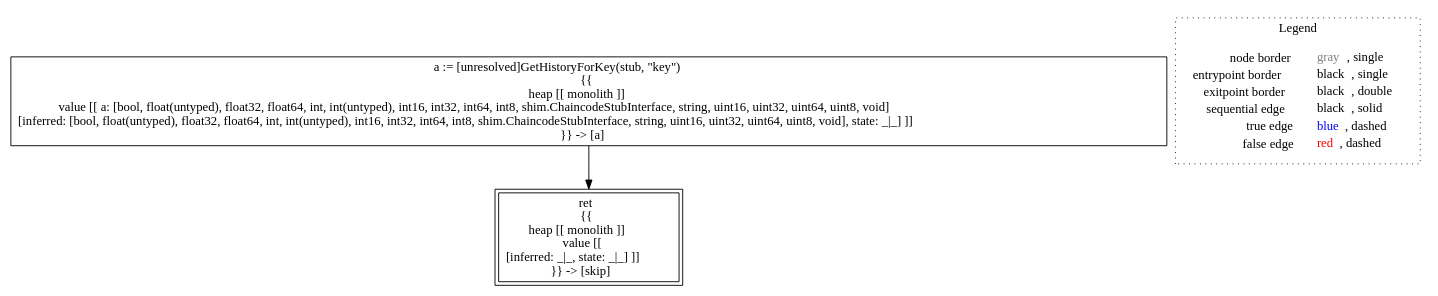
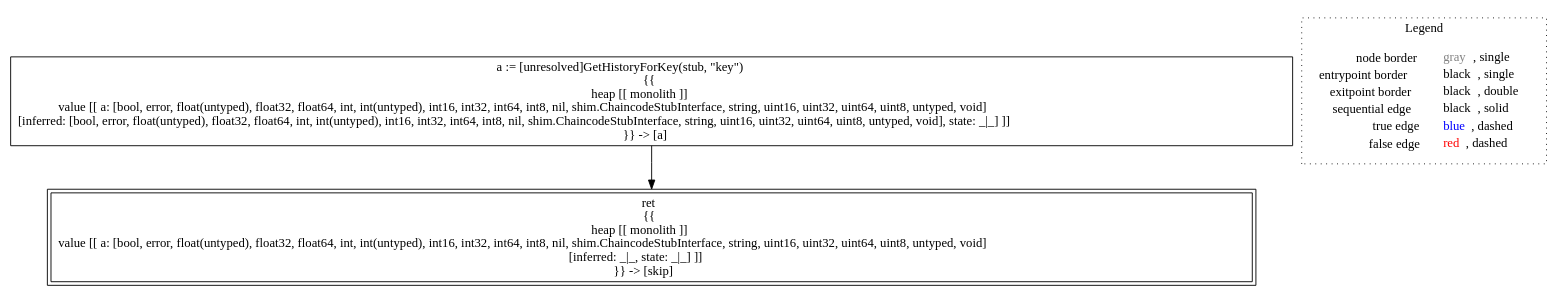
One commit to lisa-analyzer/go-lisa changed the diagram in go-lisa/go-testcases/nondet/typing___untyped_~LiSAProgram.Invoke(shim.ChaincodeStubInterface_stub).dot. Above: the diagram before and after it, drawn with Graphviz. The commit also changed 3 other files, not shown here.

```diff
--- a/go-lisa/go-testcases/nondet/typing___untyped_~LiSAProgram.Invoke(shim.ChaincodeStubInterface_stub).dot
+++ b/go-lisa/go-testcases/nondet/typing___untyped_~LiSAProgram.Invoke(shim.ChaincodeStubInterface_stub).dot
@@ -1,12 +1,12 @@
 digraph {
-	"node0" [shape="rect",color="black",label=<a := [unresolved]GetHistoryForKey(stub, &quot;key&quot;)<BR/>{{<BR/>heap [[ monolith ]]<BR/>value [[ a: [bool, float(untyped), float32, float64, int, int(untyped), int16, int32, int64, int8, shim.ChaincodeStubInterface, string, uint16, uint32, uint64, uint8, void]<BR/>[inferred: [bool, float(untyped), float32, float64, int, int(untyped), int16, int32, int64, int8, shim.ChaincodeStubInterface, string, uint16, uint32, uint64, uint8, void], state: _|_] ]]<BR/>}} -&gt; [a]>];
-	"node1" [shape="rect",color="black",peripheries="2",label=<ret<BR/>{{<BR/>heap [[ monolith ]]<BR/>value [[ <BR/>[inferred: _|_, state: _|_] ]]<BR/>}} -&gt; [skip]>];
+	"node0" [shape="rect",color="black",label=<a := [unresolved]GetHistoryForKey(stub, &quot;key&quot;)<BR/>{{<BR/>heap [[ monolith ]]<BR/>value [[ a: [bool, error, float(untyped), float32, float64, int, int(untyped), int16, int32, int64, int8, nil, shim.ChaincodeStubInterface, string, uint16, uint32, uint64, uint8, untyped, void]<BR/>[inferred: [bool, error, float(untyped), float32, float64, int, int(untyped), int16, int32, int64, int8, nil, shim.ChaincodeStubInterface, string, uint16, uint32, uint64, uint8, untyped, void], state: _|_] ]]<BR/>}} -&gt; [a]>];
+	"node1" [shape="rect",color="black",peripheries="2",label=<ret<BR/>{{<BR/>heap [[ monolith ]]<BR/>value [[ a: [bool, error, float(untyped), float32, float64, int, int(untyped), int16, int32, int64, int8, nil, shim.ChaincodeStubInterface, string, uint16, uint32, uint64, uint8, untyped, void]<BR/>[inferred: _|_, state: _|_] ]]<BR/>}} -&gt; [skip]>];
 	"node0" -> "node1" [color="black"];
 subgraph cluster_legend {
 	label="Legend";
 	style=dotted;
 	node [shape=plaintext];
 	"legend" [label=<<table border="0" cellpadding="2" cellspacing="0" cellborder="0"><tr><td align="right">node border&nbsp;</td><td align="left"><font color="gray">gray</font>, single</td></tr><tr><td align="right">entrypoint border&nbsp;</td><td align="left"><font color="black">black</font>, single</td></tr><tr><td align="right">exitpoint border&nbsp;</td><td align="left"><font color="black">black</font>, double</td></tr><tr><td align="right">sequential edge&nbsp;</td><td align="left"><font color="black">black</font>, solid</td></tr><tr><td align="right">true edge&nbsp;</td><td align="left"><font color="blue">blue</font>, dashed</td></tr><tr><td align="right">false edge&nbsp;</td><td align="left"><font color="red">red</font>, dashed</td></tr></table>>];
 }
 
 }
```
